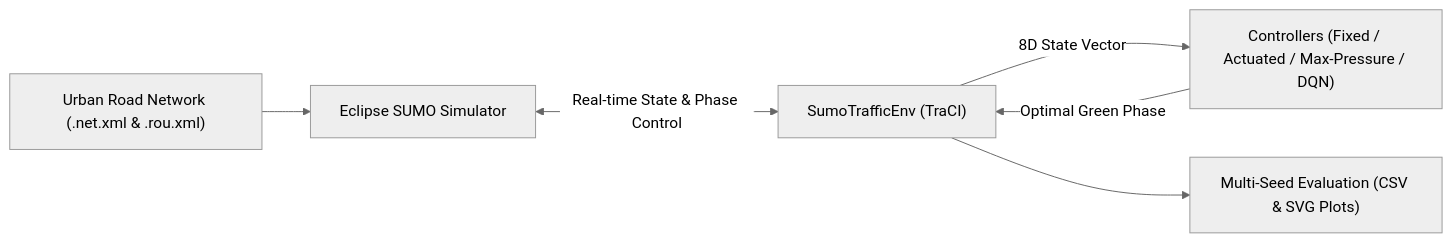
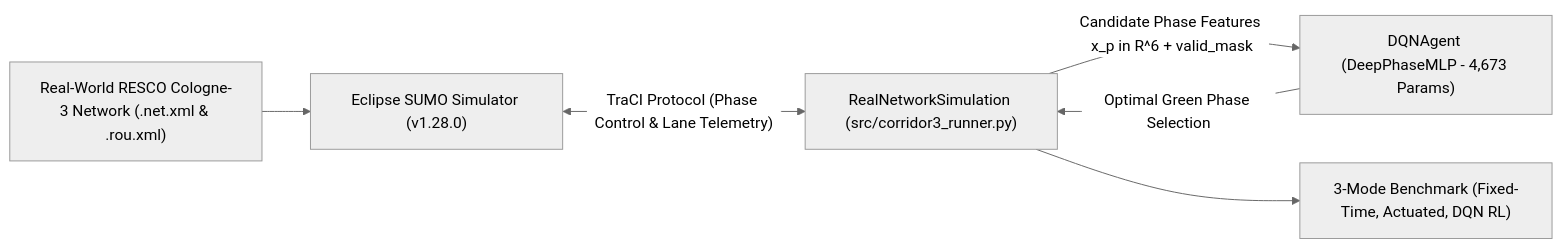
One commit to Apexq/adaptive-traffic-signal-rl changed the diagram in README.md. Above: the diagram before and after it, drawn with Mermaid (neutral theme). The commit also changed other lines of this file and 18 other files, not shown here.

````diff
--- a/README.md
+++ b/README.md
@@ -11,8 +11,8 @@
 ```mermaid
 flowchart LR
-    NET["Urban Road Network (.net.xml & .rou.xml)"] --> SUMO["Eclipse SUMO Simulator"]
-    SUMO <-->|"Real-time State & Phase Control"| ENV["SumoTrafficEnv (TraCI)"]
-    ENV -->|"8D State Vector"| AGENT["Controllers (Fixed / Actuated / Max-Pressure / DQN)"]
-    AGENT -->|"Optimal Green Phase"| ENV
-    ENV --> RESULTS["Multi-Seed Evaluation (CSV & SVG Plots)"]
+    NET["Real-World RESCO Cologne-3 Network (.net.xml & .rou.xml)"] --> SUMO["Eclipse SUMO Simulator (v1.28.0)"]
+    SUMO <-->|"TraCI Protocol (Phase Control & Lane Telemetry)"| SIM["RealNetworkSimulation (src/corridor3_runner.py)"]
+    SIM -->|"Candidate Phase Features x_p in R^6 + valid_mask"| AGENT["DQNAgent (DeepPhaseMLP - 4,673 Params)"]
+    AGENT -->|"Optimal Green Phase Selection"| SIM
+    SIM --> RESULTS["3-Mode Benchmark (Fixed-Time, Actuated, DQN RL)"]
 ```
````
